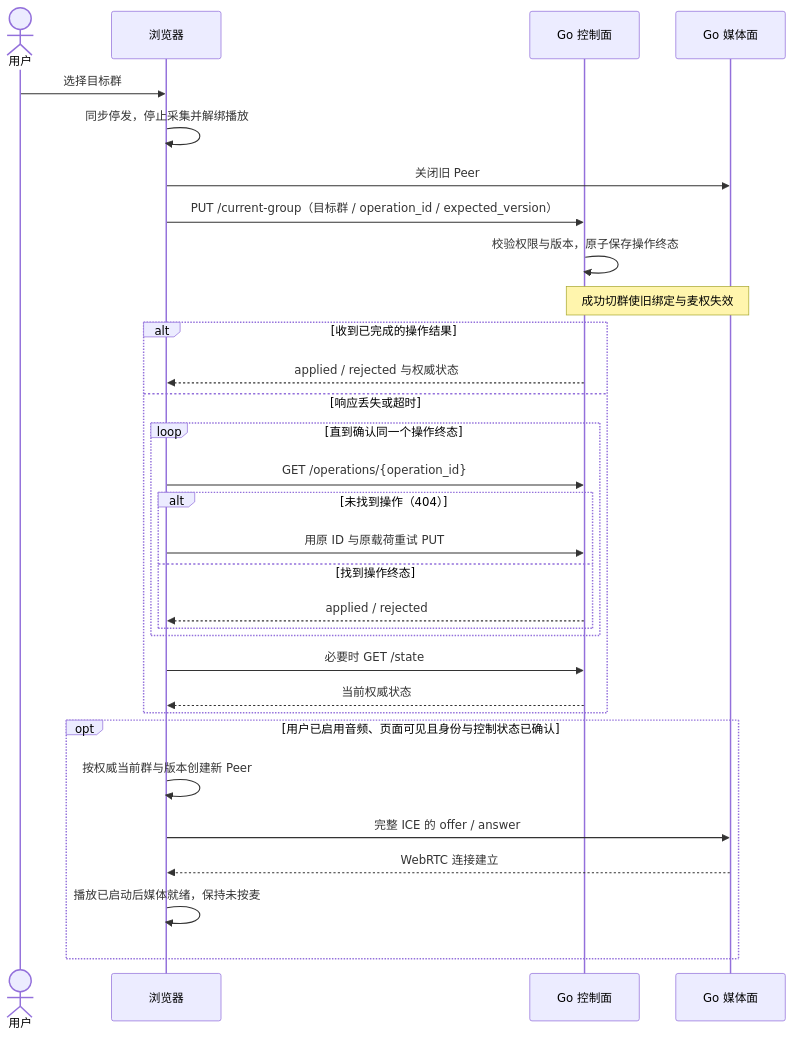
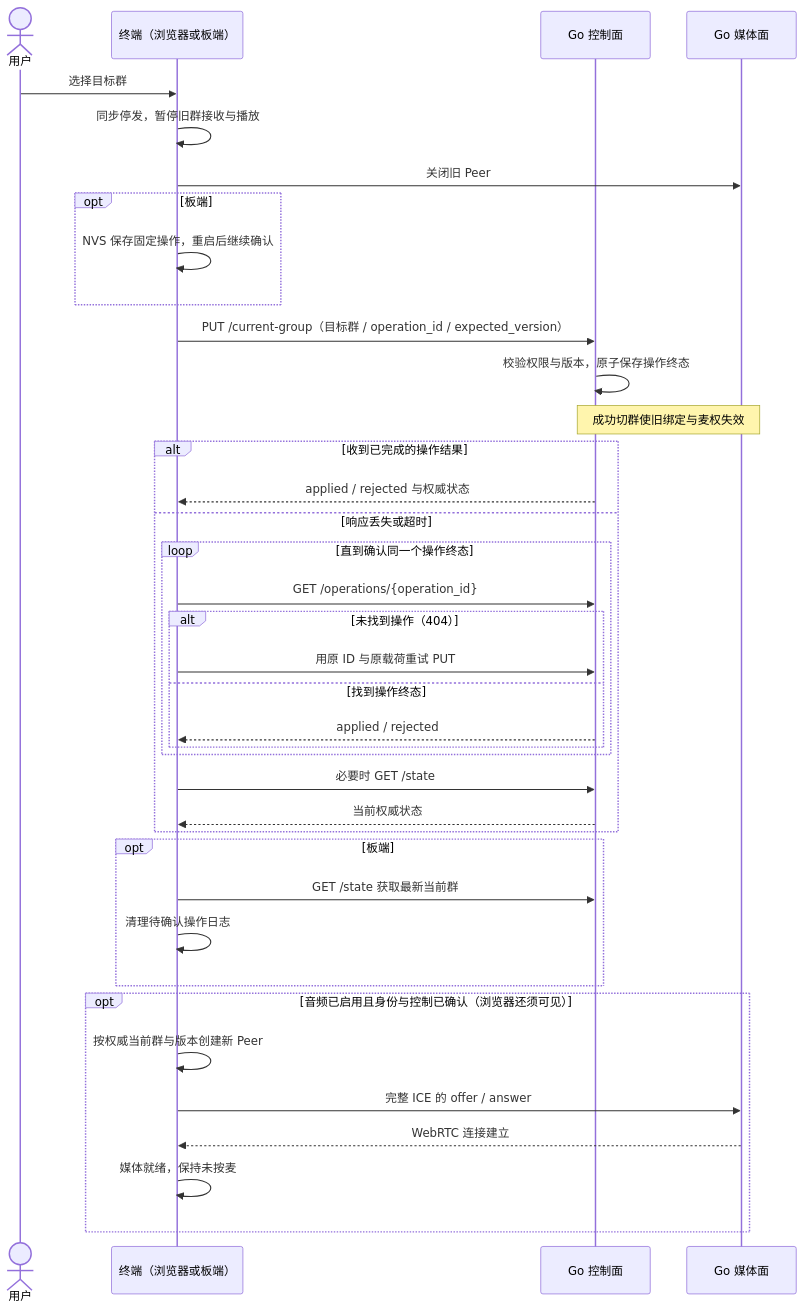
The fourth of 4 diagrams in README.md (iewiad/miku-intercom), drawn with Mermaid before and after one commit. The commit also changed other lines of this file and 24 other files, not shown here.

````diff
--- a/README.md
+++ b/README.md
@@ -99,34 +99,41 @@
 ```mermaid
 sequenceDiagram
     actor U as 用户
-    participant B as 浏览器
+    participant B as 终端（浏览器或板端）
     participant C as Go 控制面
     participant M as Go 媒体面
 
     U->>B: 选择目标群
-    B->>B: 同步停发，停止采集并解绑播放
+    B->>B: 同步停发，暂停旧群接收与播放
     B->>M: 关闭旧 Peer
+    opt 板端
+        B->>B: NVS 保存固定操作，重启后继续确认
+    end
     B->>C: PUT /current-group（目标群 / operation_id / expected_version）
     C->>C: 校验权限与版本，原子保存操作终态
     Note over C,M: 成功切群使旧绑定与麦权失效
     alt 收到已完成的操作结果
         C-->>B: applied / rejected 与权威状态
     else 响应丢失或超时
         loop 直到确认同一个操作终态
             B->>C: GET /operations/{operation_id}
             alt 未找到操作（404）
                 B->>C: 用原 ID 与原载荷重试 PUT
             else 找到操作终态
                 C-->>B: applied / rejected
             end
         end
         B->>C: 必要时 GET /state
         C-->>B: 当前权威状态
     end
-    opt 用户已启用音频、页面可见且身份与控制状态已确认
+    opt 板端
+        B->>C: GET /state 获取最新当前群
+        B->>B: 清理待确认操作日志
+    end
+    opt 音频已启用且身份与控制已确认（浏览器还须可见）
         B->>B: 按权威当前群与版本创建新 Peer
         B->>M: 完整 ICE 的 offer / answer
         M-->>B: WebRTC 连接建立
-        B->>B: 播放已启动后媒体就绪，保持未按麦
+        B->>B: 媒体就绪，保持未按麦
     end
 ```
````
